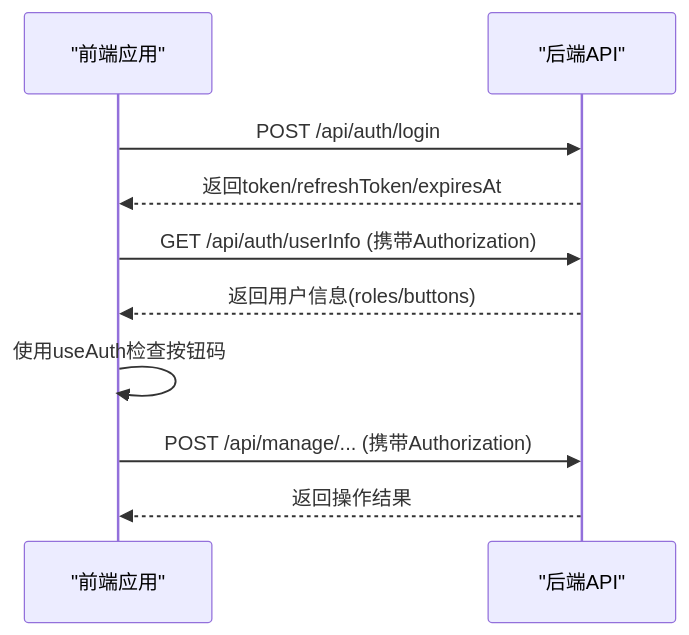
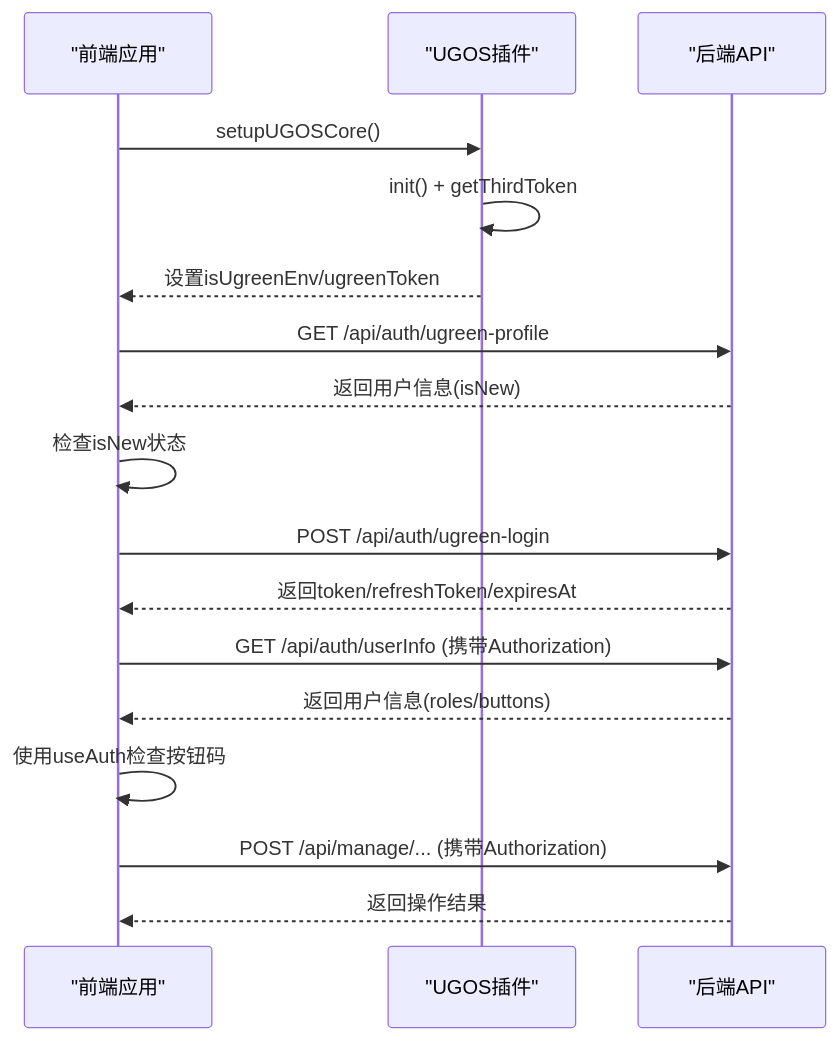
One commit to knifezred/boread changed the fifth of 7 diagrams in .qoder/repowiki/zh/content/API接口文档/认证授权API.md. Above: the diagram before and after it, drawn with Mermaid. The commit also changed other lines of this file and 16 other files, not shown here.

````diff
--- a/.qoder/repowiki/zh/content/API接口文档/认证授权API.md
+++ b/.qoder/repowiki/zh/content/API接口文档/认证授权API.md
@@ -343,12 +419,19 @@
 ```mermaid
 sequenceDiagram
 participant FE as "前端应用"
+participant Plugin as "UGOS插件"
 participant API as "后端API"
-FE->>API : POST /api/auth/login
+FE->>Plugin : setupUGOSCore()
+Plugin->>Plugin : init() + getThirdToken
+Plugin-->>FE : 设置isUgreenEnv/ugreenToken
+FE->>API : GET /api/auth/ugreen-profile
+API-->>FE : 返回用户信息(isNew)
+FE->>FE : 检查isNew状态
+FE->>API : POST /api/auth/ugreen-login
 API-->>FE : 返回token/refreshToken/expiresAt
 FE->>API : GET /api/auth/userInfo (携带Authorization)
 API-->>FE : 返回用户信息(roles/buttons)
 FE->>FE : 使用useAuth检查按钮码
 FE->>API : POST /api/manage/... (携带Authorization)
 API-->>FE : 返回操作结果
 ```
````
